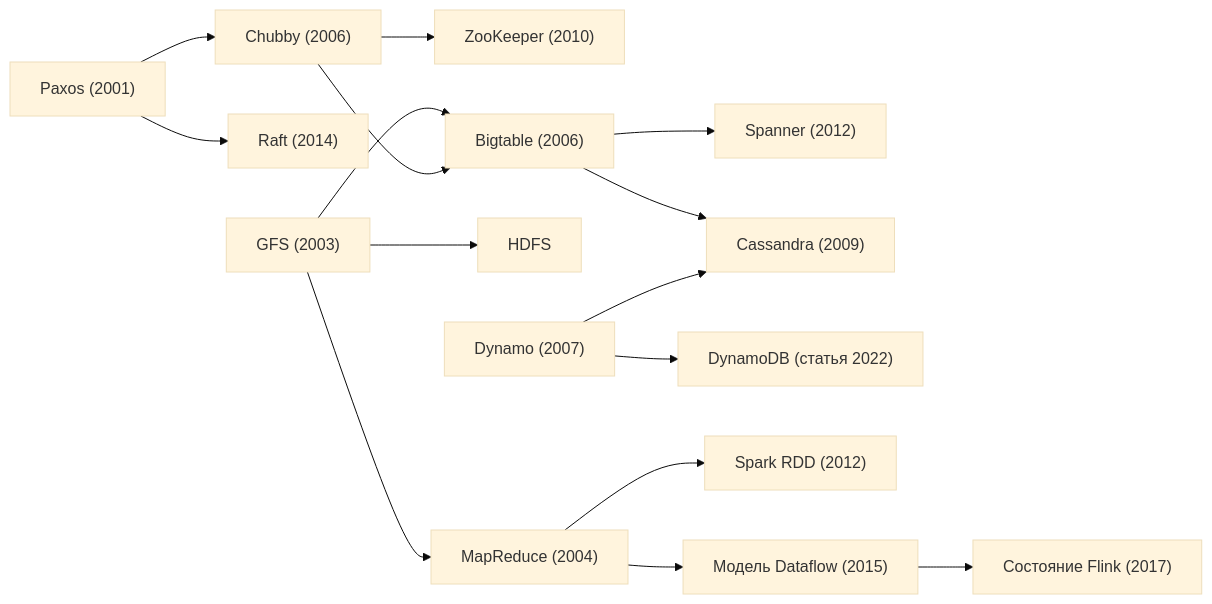
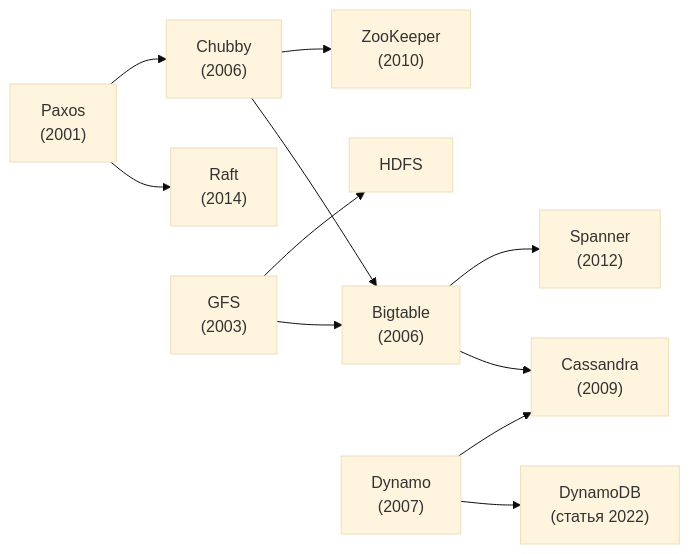
Before and after one commit to butyavk/system-design: the first of 2 diagrams in src/content/docs/ru/real-world/foundational-papers.mdx, drawn with Mermaid (base theme). The commit also changed other lines of this file and 144 other files, not shown here.

````diff
--- a/src/content/docs/ru/real-world/foundational-papers.mdx
+++ b/src/content/docs/ru/real-world/foundational-papers.mdx
@@ -34,17 +34,13 @@
 ```mermaid
 flowchart LR
-  paxos["Paxos (2001)"] --> chubby["Chubby (2006)"]
-  paxos --> raft["Raft (2014)"]
-  chubby --> zk["ZooKeeper (2010)"]
-  gfs["GFS (2003)"] --> mr["MapReduce (2004)"]
-  gfs --> hdfs["HDFS"]
-  gfs --> bt["Bigtable (2006)"]
+  paxos["Paxos<br/>(2001)"] --> chubby["Chubby<br/>(2006)"]
+  paxos --> raft["Raft<br/>(2014)"]
+  chubby --> zk["ZooKeeper<br/>(2010)"]
+  gfs["GFS<br/>(2003)"] --> hdfs["HDFS"]
+  gfs --> bt["Bigtable<br/>(2006)"]
   chubby --> bt
-  bt --> spanner["Spanner (2012)"]
-  bt --> cass["Cassandra (2009)"]
-  dynamo["Dynamo (2007)"] --> cass
-  dynamo --> ddb["DynamoDB (статья 2022)"]
-  mr --> spark["Spark RDD (2012)"]
-  mr --> dataflow["Модель Dataflow (2015)"]
-  dataflow --> flink["Состояние Flink (2017)"]
+  bt --> spanner["Spanner<br/>(2012)"]
+  bt --> cass["Cassandra<br/>(2009)"]
+  dynamo["Dynamo<br/>(2007)"] --> cass
+  dynamo --> ddb["DynamoDB<br/>(статья 2022)"]
 ```
````
